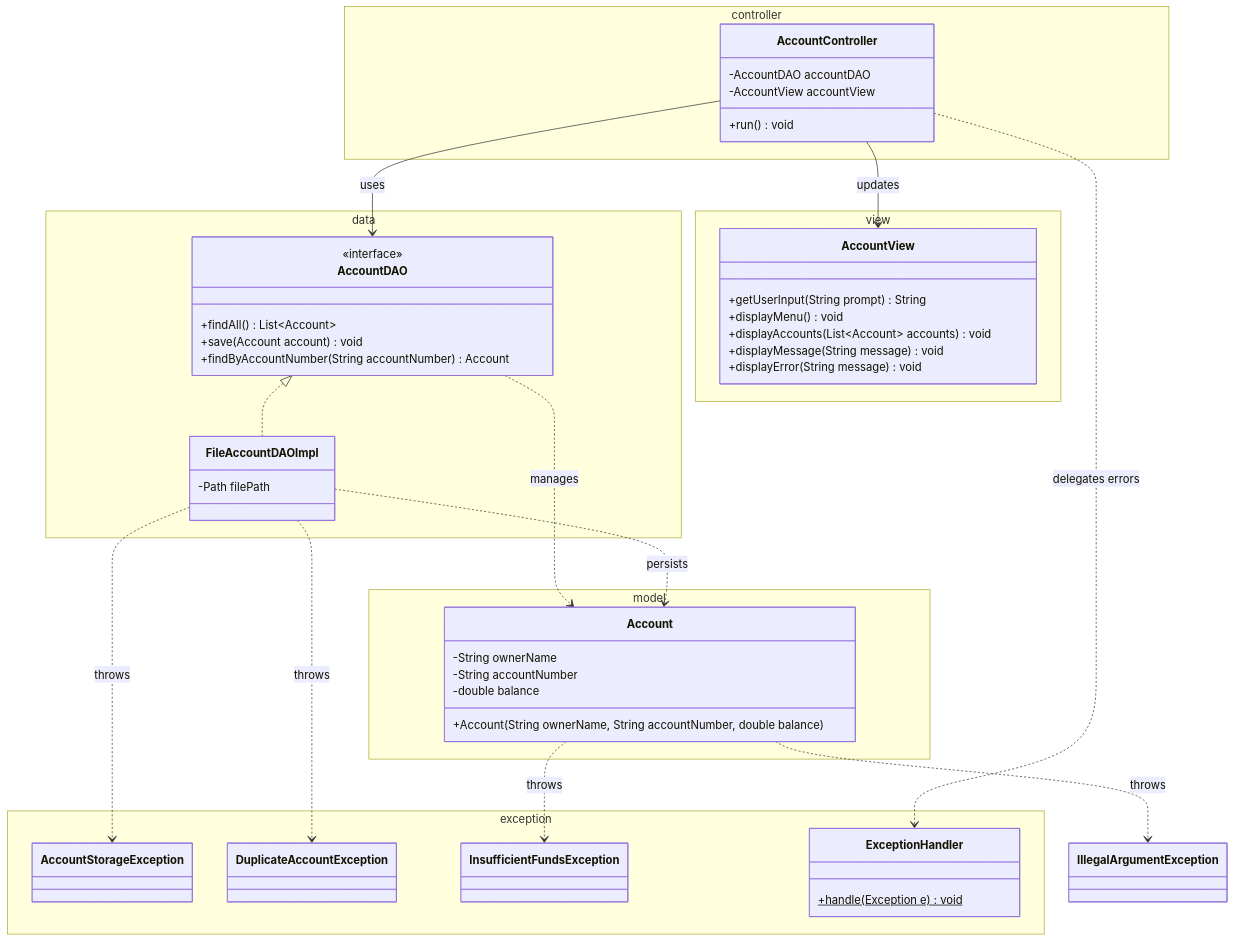
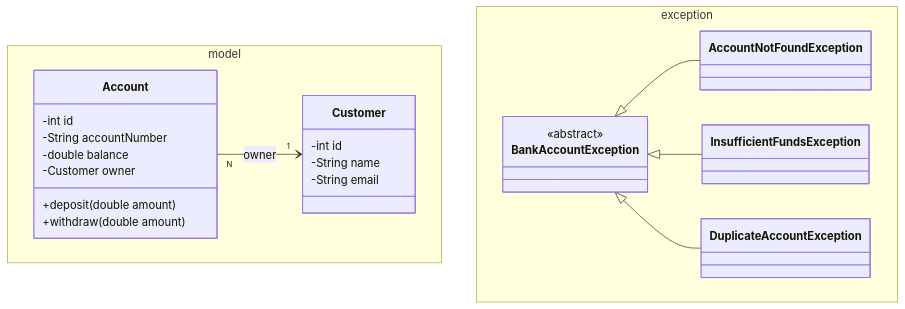
One commit to ihabau/Lexicon_WS_Exception changed the second of 2 diagrams in Workshop_9_Bank_Account.md. Above: the diagram before and after it, drawn with Mermaid. The commit also changed other lines of this file and 1 other file, not shown here.

Commit message:
Docs: step 9 worksheet (Bank Account) - relations, transactions, base exception, 3 hints

````diff
--- a/Workshop_9_Bank_Account.md
+++ b/Workshop_9_Bank_Account.md
@@ -39,63 +77,32 @@
 ```mermaid
 classDiagram
     namespace model {
+        class Customer {
+            -int id
+            -String name
+            -String email
+        }
         class Account {
-            -String ownerName
+            -int id
             -String accountNumber
             -double balance
-            +Account(String ownerName, String accountNumber, double balance)
-        }
-    }
-
-    namespace data {
-        class AccountDAO {
-            <<interface>>
-            +findAll() List~Account~
-            +save(Account account) void
-            +findByAccountNumber(String accountNumber) Account
-        }
-        class FileAccountDAOImpl {
-            -Path filePath
-        }
-    }
-
-    namespace view {
-        class AccountView {
-            +getUserInput(String prompt) String
-            +displayMenu() void
-            +displayAccounts(List~Account~ accounts) void
-            +displayMessage(String message) void
-            +displayError(String message) void
-        }
-    }
-
-    namespace controller {
-        class AccountController {
-            -AccountDAO accountDAO
-            -AccountView accountView
-            +run() void
+            -Customer owner
+            +deposit(double amount)
+            +withdraw(double amount)
         }
     }
 
     namespace exception {
-        class AccountStorageException { }
-        class DuplicateAccountException { }
-        class InsufficientFundsException { }
-        class ExceptionHandler {
-            +handle(Exception e)$ void
+        class BankAccountException {
+            <<abstract>>
         }
+        class AccountNotFoundException
+        class InsufficientFundsException
+        class DuplicateAccountException
     }
 
-    AccountDAO <|.. FileAccountDAOImpl
-    AccountController --> AccountDAO : uses
-    AccountController --> AccountView : updates
-    AccountController ..> ExceptionHandler : delegates errors
-
-    AccountDAO ..> Account : manages
-    FileAccountDAOImpl ..> Account : persists
-
-    Account ..> IllegalArgumentException : throws
-    Account ..> InsufficientFundsException : throws
-    FileAccountDAOImpl ..> AccountStorageException : throws
-    FileAccountDAOImpl ..> DuplicateAccountException : throws
+    Account "N" --> "1" Customer : owner
+    BankAccountException <|-- AccountNotFoundException
+    BankAccountException <|-- InsufficientFundsException
+    BankAccountException <|-- DuplicateAccountException
 ```
````
